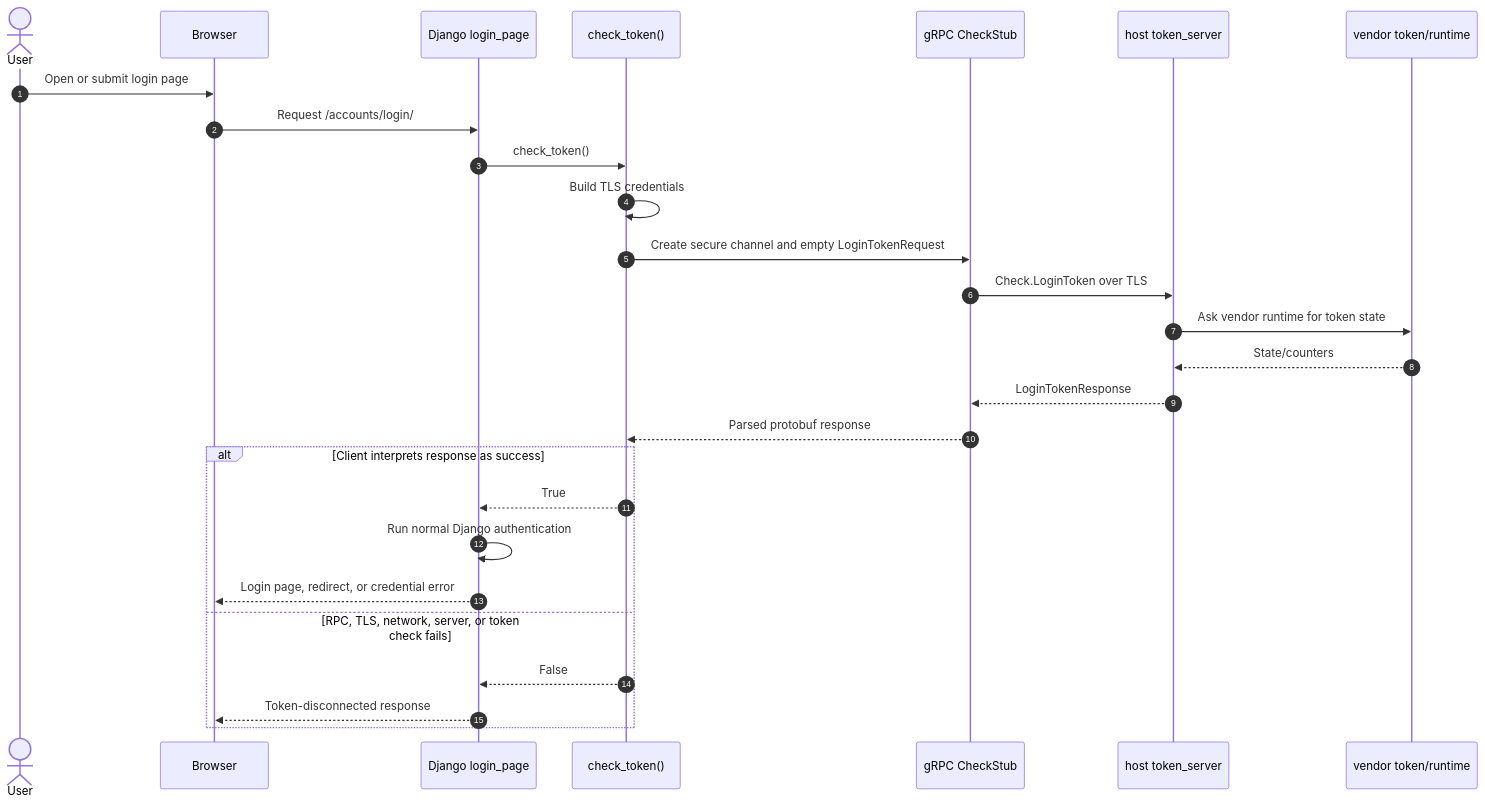
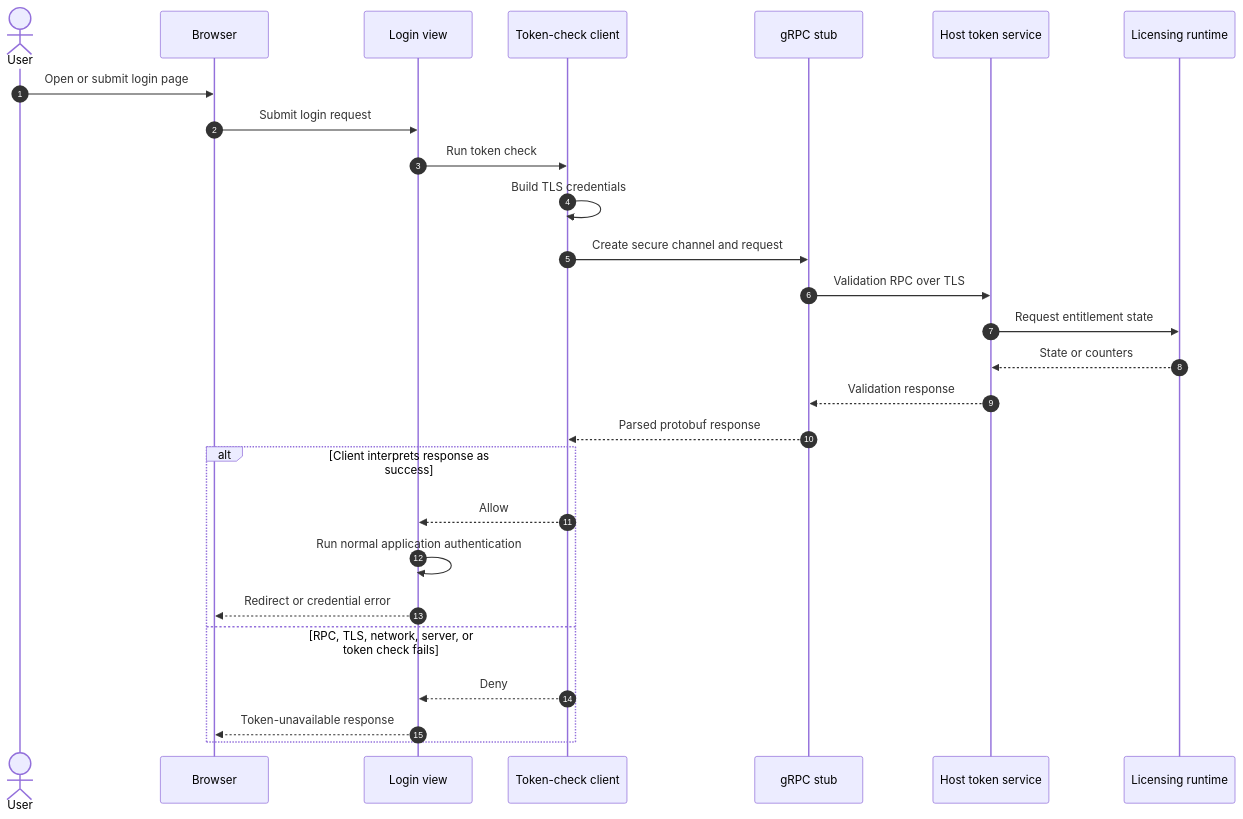
Before and after one commit to adelbordbari/adelbordbari.github.io: the second of 8 diagrams in _code/2026-06-27-grpc.md, drawn with Mermaid. The commit also changed other lines of this file, not shown here.

````diff
--- a/_code/2026-06-27-grpc.md
+++ b/_code/2026-06-27-grpc.md
@@ -73,31 +75,31 @@
 ```mermaid
 sequenceDiagram
     autonumber
     actor User
     participant Browser
-    participant View as Django login_page
-    participant Client as check_token()
-    participant Stub as gRPC CheckStub
-    participant Server as host token_server
-    participant Token as vendor token/runtime
+    participant View as Login view
+    participant Client as Token-check client
+    participant Stub as gRPC stub
+    participant Server as Host token service
+    participant Runtime as Licensing runtime
 
     User->>Browser: Open or submit login page
-    Browser->>View: Request /accounts/login/
-    View->>Client: check_token()
+    Browser->>View: Submit login request
+    View->>Client: Run token check
     Client->>Client: Build TLS credentials
-    Client->>Stub: Create secure channel and empty LoginTokenRequest
-    Stub->>Server: Check.LoginToken over TLS
-    Server->>Token: Ask vendor runtime for token state
-    Token-->>Server: State/counters
-    Server-->>Stub: LoginTokenResponse
+    Client->>Stub: Create secure channel and request
+    Stub->>Server: Validation RPC over TLS
+    Server->>Runtime: Request entitlement state
+    Runtime-->>Server: State or counters
+    Server-->>Stub: Validation response
     Stub-->>Client: Parsed protobuf response
 
     alt Client interprets response as success
-        Client-->>View: True
-        View->>View: Run normal Django authentication
-        View-->>Browser: Login page, redirect, or credential error
+        Client-->>View: Allow
+        View->>View: Run normal application authentication
+        View-->>Browser: Redirect or credential error
     else RPC, TLS, network, server, or token check fails
-        Client-->>View: False
-        View-->>Browser: Token-disconnected response
+        Client-->>View: Deny
+        View-->>Browser: Token-unavailable response
     end
 ```
````
